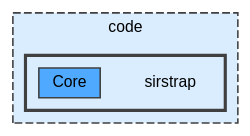
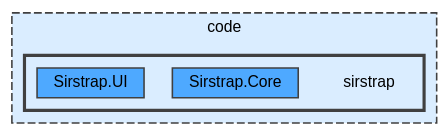
Before and after one commit to massimopaganigh/Sirstrap: the diagram in docs/dir_7f8a5d75b271f79570e962363acdee3b_dep.dot, drawn with Graphviz. The commit also changed 160 other files, not shown here.

```diff
--- a/docs/dir_7f8a5d75b271f79570e962363acdee3b_dep.dot
+++ b/docs/dir_7f8a5d75b271f79570e962363acdee3b_dep.dot
@@ -1,16 +1,17 @@
 digraph "C:/code/sirstrap"
 {
  // LATEX_PDF_SIZE
   bgcolor="transparent";
   edge [fontname=Helvetica,fontsize=10,labelfontname=Helvetica,labelfontsize=10];
   node [fontname=Helvetica,fontsize=10,shape=box,height=0.2,width=0.4];
   compound=true
   subgraph clusterdir_050edd66366d13764f98250ef6db77f6 {
     graph [ bgcolor="#daedff", pencolor="grey25", label="code", fontname=Helvetica,fontsize=10 style="filled,dashed", URL="dir_050edd66366d13764f98250ef6db77f6.html",tooltip=""]
   subgraph clusterdir_7f8a5d75b271f79570e962363acdee3b {
     graph [ bgcolor="#daedff", pencolor="grey25", label="", fontname=Helvetica,fontsize=10 style="filled,bold", URL="dir_7f8a5d75b271f79570e962363acdee3b.html",tooltip=""]
     dir_7f8a5d75b271f79570e962363acdee3b [shape=plaintext, label="sirstrap"];
-  dir_55fe5e45a05f6720e7ff172edcdb41d1 [label="Core", fillcolor="#4ea9ff", color="grey25", style="filled", URL="dir_55fe5e45a05f6720e7ff172edcdb41d1.html",tooltip=""];
+  dir_f63a10c2978b9a3af6ea64710b8485ef [label="Sirstrap.Core", fillcolor="#4ea9ff", color="grey25", style="filled", URL="dir_f63a10c2978b9a3af6ea64710b8485ef.html",tooltip=""];
+  dir_e233cc8d95c05730378165196a8996f6 [label="Sirstrap.UI", fillcolor="#4ea9ff", color="grey25", style="filled", URL="dir_e233cc8d95c05730378165196a8996f6.html",tooltip=""];
   }
   }
 }
```
